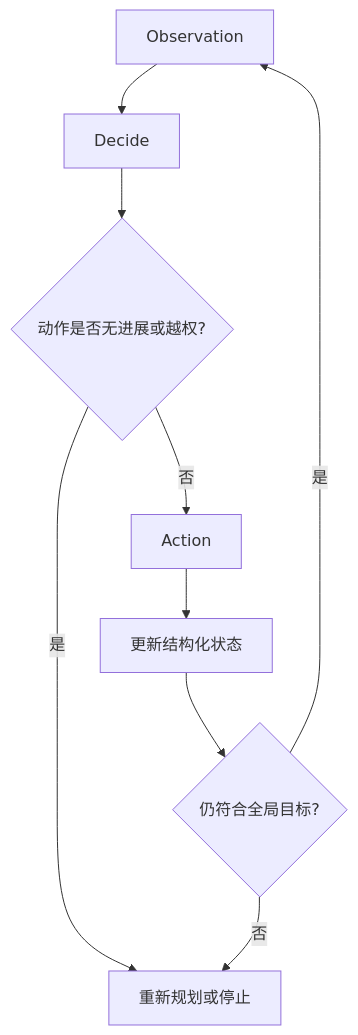
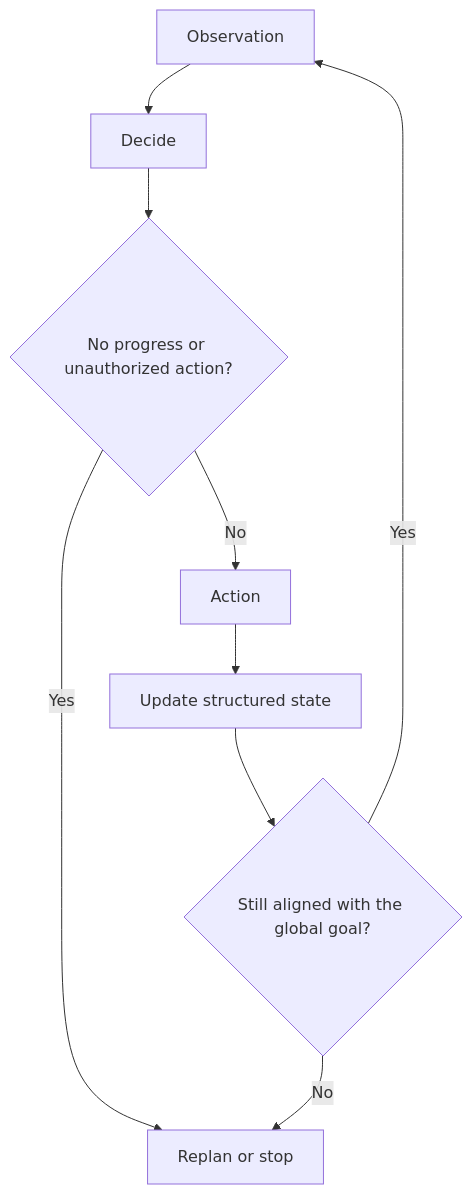
One commit to oneleaveknowsthefall/awesome-ai-roadmap changed the third of 10 diagrams in docs/agent/02-reasoning-planning/04-agent-design-patterns.md. Above: the diagram before and after it, drawn with Mermaid. The commit also changed other lines of this file and 68 other files, not shown here.

````diff
--- a/docs/agent/02-reasoning-planning/04-agent-design-patterns.md
+++ b/docs/agent/02-reasoning-planning/04-agent-design-patterns.md
@@ -145,11 +145,11 @@
 ```mermaid
 flowchart TB
     O[Observation] --> D[Decide]
-    D --> C{动作是否无进展或越权?}
-    C -->|是| RP[重新规划或停止]
-    C -->|否| A[Action]
-    A --> U[更新结构化状态]
-    U --> G{仍符合全局目标?}
-    G -->|是| O
-    G -->|否| RP
+    D --> C{No progress or unauthorized action?}
+    C -->|Yes| RP[Replan or stop]
+    C -->|No| A[Action]
+    A --> U[Update structured state]
+    U --> G{Still aligned with the global goal?}
+    G -->|Yes| O
+    G -->|No| RP
 ```
````
